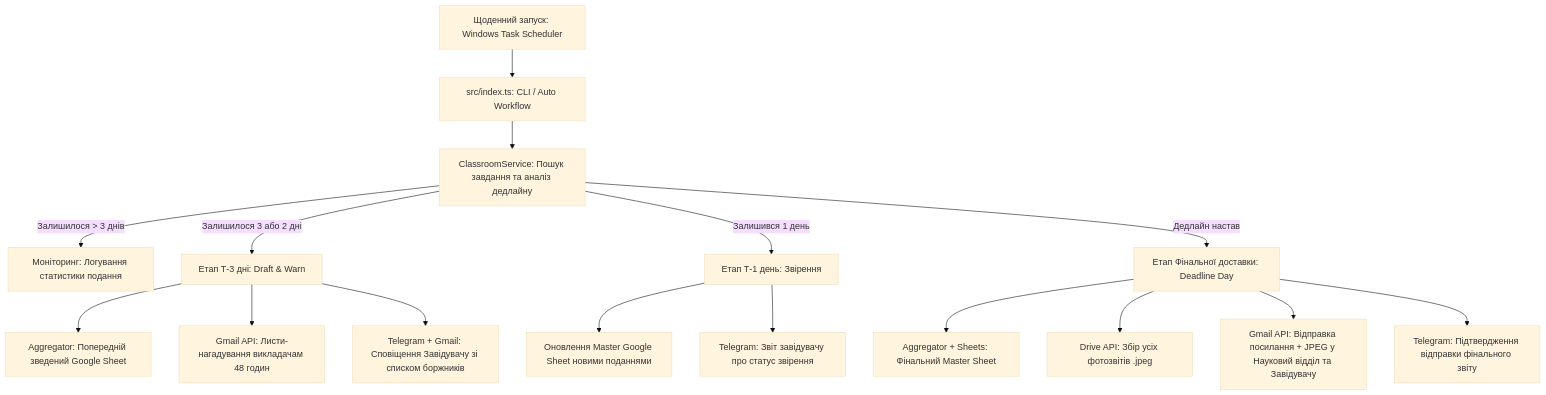
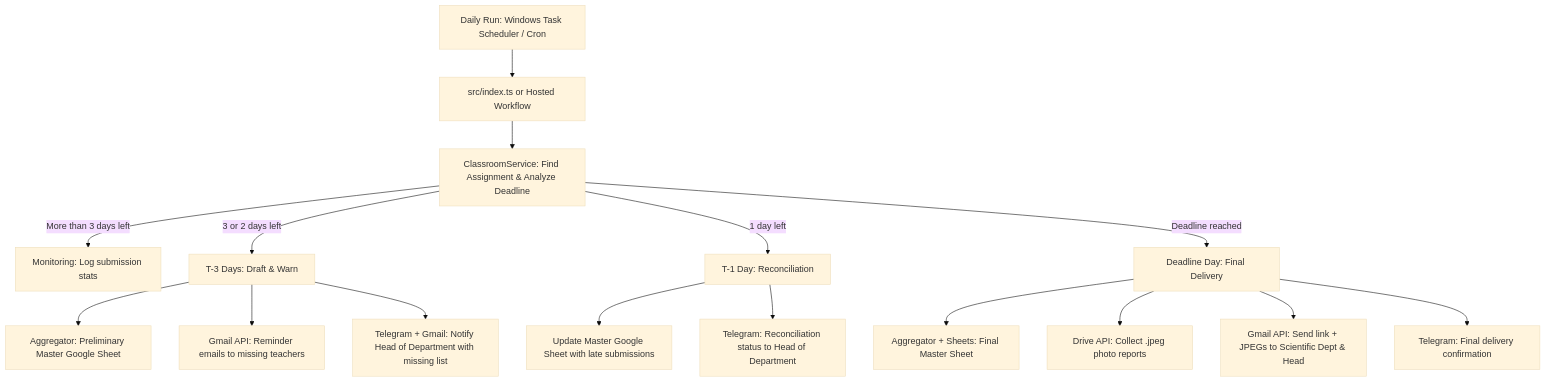
One commit to Quo-len/classroom-report-aggregator changed the diagram in README.md. Above: the diagram before and after it, drawn with Mermaid (base theme). The commit also changed other lines of this file and 44 other files, not shown here.

````diff
--- a/README.md
+++ b/README.md
@@ -38,22 +39,22 @@
 ```mermaid
 flowchart TD
-    A[Щоденний запуск: Windows Task Scheduler] --> B[src/index.ts: CLI / Auto Workflow]
-    B --> C[ClassroomService: Пошук завдання та аналіз дедлайну]
-    
-    C -->|Залишилося > 3 днів| D[Моніторинг: Логування статистики подання]
-    
-    C -->|Залишилося 3 або 2 дні| E[Етап Т-3 дні: Draft & Warn]
-    E --> E1[Aggregator: Попередній зведений Google Sheet]
-    E --> E2[Gmail API: Листи-нагадування викладачам 48 годин]
-    E --> E3[Telegram + Gmail: Сповіщення Завідувачу зі списком боржників]
-    
-    C -->|Залишився 1 день| F[Етап Т-1 день: Звірення]
-    F --> F1[Оновлення Master Google Sheet новими поданнями]
-    F --> F2[Telegram: Звіт завідувачу про статус звірення]
-    
-    C -->|Дедлайн настав| G[Етап Фінальної доставки: Deadline Day]
-    G --> G1[Aggregator + Sheets: Фінальний Master Sheet]
-    G --> G2[Drive API: Збір усіх фотозвітів .jpeg]
-    G --> G3[Gmail API: Відправка посилання + JPEG у Науковий відділ та Завідувачу]
-    G --> G4[Telegram: Підтвердження відправки фінального звіту]
+    A[Daily Run: Windows Task Scheduler / Cron] --> B[src/index.ts or Hosted Workflow]
+    B --> C[ClassroomService: Find Assignment & Analyze Deadline]
+
+    C -->|More than 3 days left| D[Monitoring: Log submission stats]
+
+    C -->|3 or 2 days left| E[T-3 Days: Draft & Warn]
+    E --> E1[Aggregator: Preliminary Master Google Sheet]
+    E --> E2[Gmail API: Reminder emails to missing teachers]
+    E --> E3[Telegram + Gmail: Notify Head of Department with missing list]
+
+    C -->|1 day left| F[T-1 Day: Reconciliation]
+    F --> F1[Update Master Google Sheet with late submissions]
+    F --> F2[Telegram: Reconciliation status to Head of Department]
+
+    C -->|Deadline reached| G[Deadline Day: Final Delivery]
+    G --> G1[Aggregator + Sheets: Final Master Sheet]
+    G --> G2[Drive API: Collect .jpeg photo reports]
+    G --> G3[Gmail API: Send link + JPEGs to Scientific Dept & Head]
+    G --> G4[Telegram: Final delivery confirmation]
 ```
````
